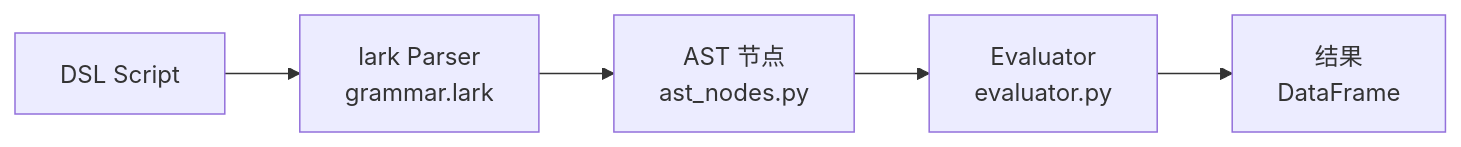
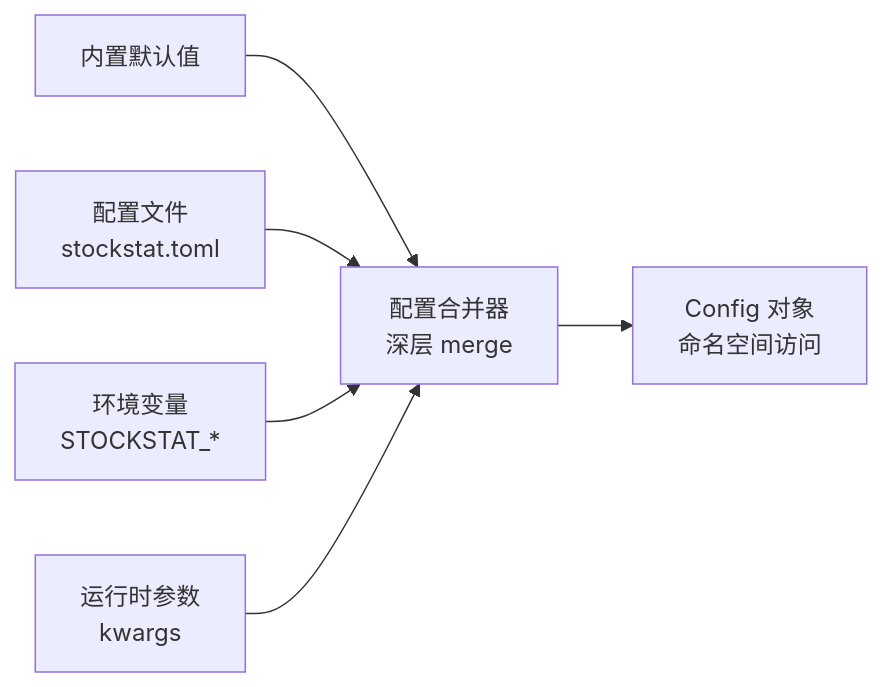
One commit to RESBI/StockStatistic changed the fifth of 5 diagrams in DESIGN_CN.md. Above: the diagram before and after it, drawn with Mermaid. The commit also changed other lines of this file and 5 other files, not shown here.

First line of the commit message:
Rewrite all docs for v2.0: five-layer architecture, CLI, offline mode, plugins

````diff
--- a/DESIGN_CN.md
+++ b/DESIGN_CN.md
@@ -976,7 +242,8 @@
 ```mermaid
 graph LR
-    SRC["DSL Script"] --> LEX["lark Parser<br/>grammar.lark"]
-    LEX --> AST["AST 节点<br/>ast_nodes.py"]
-    AST --> EXE["Evaluator<br/>evaluator.py"]
-    EXE --> RES["结果<br/>DataFrame"]
+    D["内置默认值"] --> M["配置合并器<br/>深层 merge"]
+    F["配置文件<br/>stockstat.toml"] --> M
+    E["环境变量<br/>STOCKSTAT_*"] --> M
+    A["运行时参数<br/>kwargs"] --> M
+    M --> V["Config 对象<br/>命名空间访问"]
 ```
````
